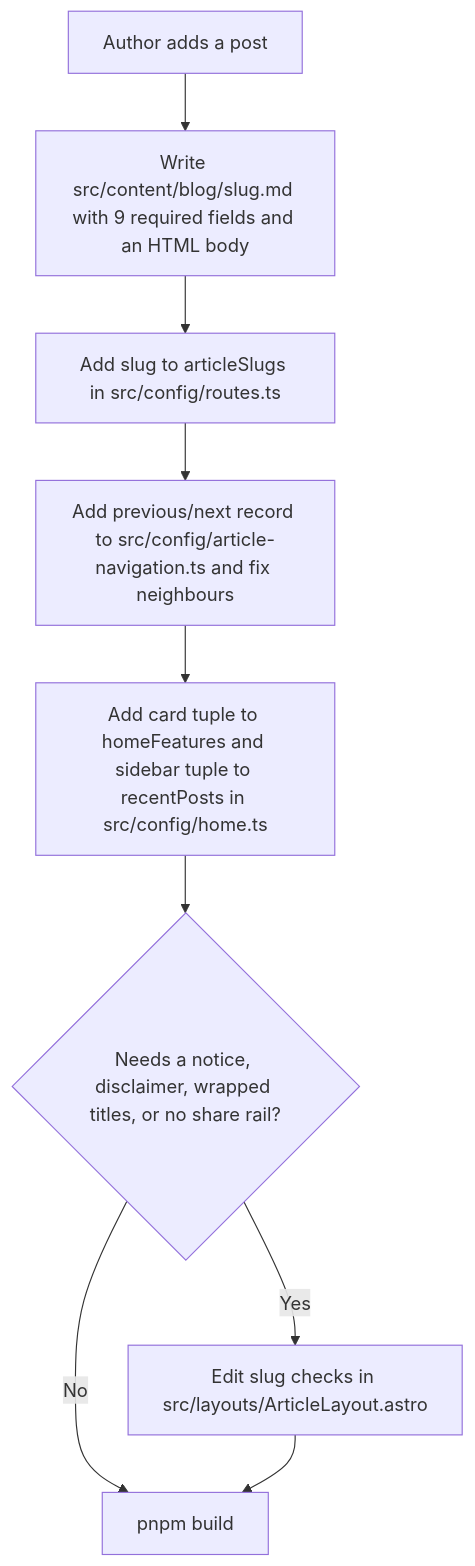
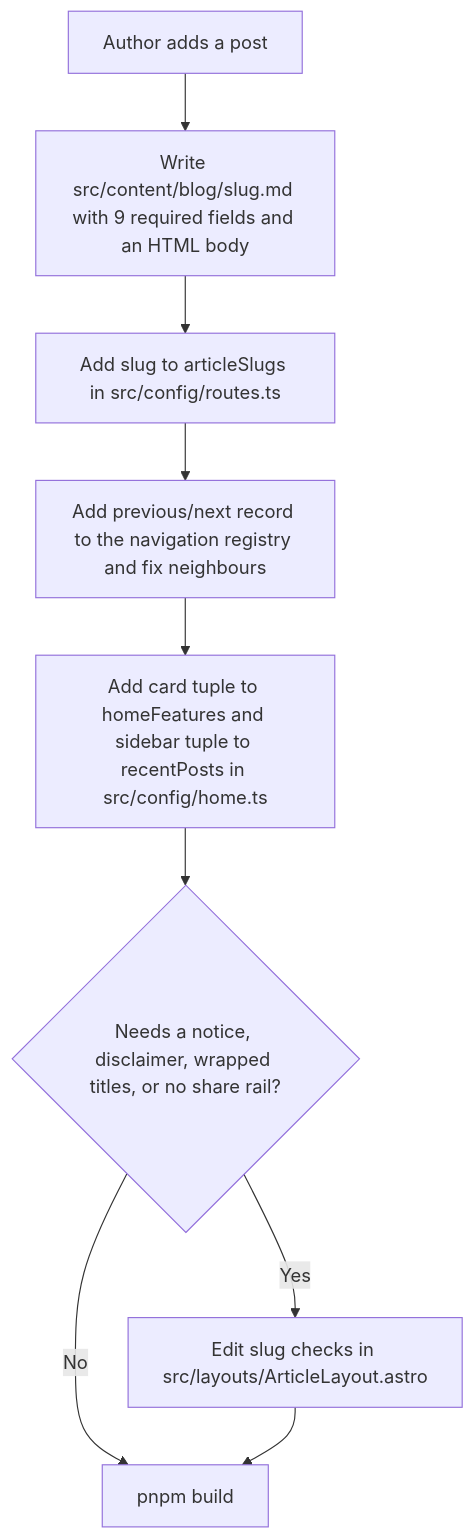
The diagram in documents/todo/astro_content_authoring_plan.md (musclehacking/musclehacking.github.io), drawn with Mermaid before and after one commit. The commit also changed other lines of this file and 82 other files, not shown here.

````diff
--- a/documents/todo/astro_content_authoring_plan.md
+++ b/documents/todo/astro_content_authoring_plan.md
@@ -70,11 +70,11 @@
 ```mermaid
 flowchart TD
     AUTHOR["Author adds a post"] --> MD["Write src/content/blog/slug.md with 9 required fields and an HTML body"]
     MD --> ROUTES["Add slug to articleSlugs in src/config/routes.ts"]
-    ROUTES --> NAV["Add previous/next record to src/config/article-navigation.ts and fix neighbours"]
+    ROUTES --> NAV["Add previous/next record to the navigation registry and fix neighbours"]
     NAV --> HOME["Add card tuple to homeFeatures and sidebar tuple to recentPosts in src/config/home.ts"]
     HOME --> LAYOUT{"Needs a notice, disclaimer, wrapped titles, or no share rail?"}
     LAYOUT -->|"Yes"| BRANCH["Edit slug checks in src/layouts/ArticleLayout.astro"]
     LAYOUT -->|"No"| BUILD["pnpm build"]
     BRANCH --> BUILD
 ```
````
